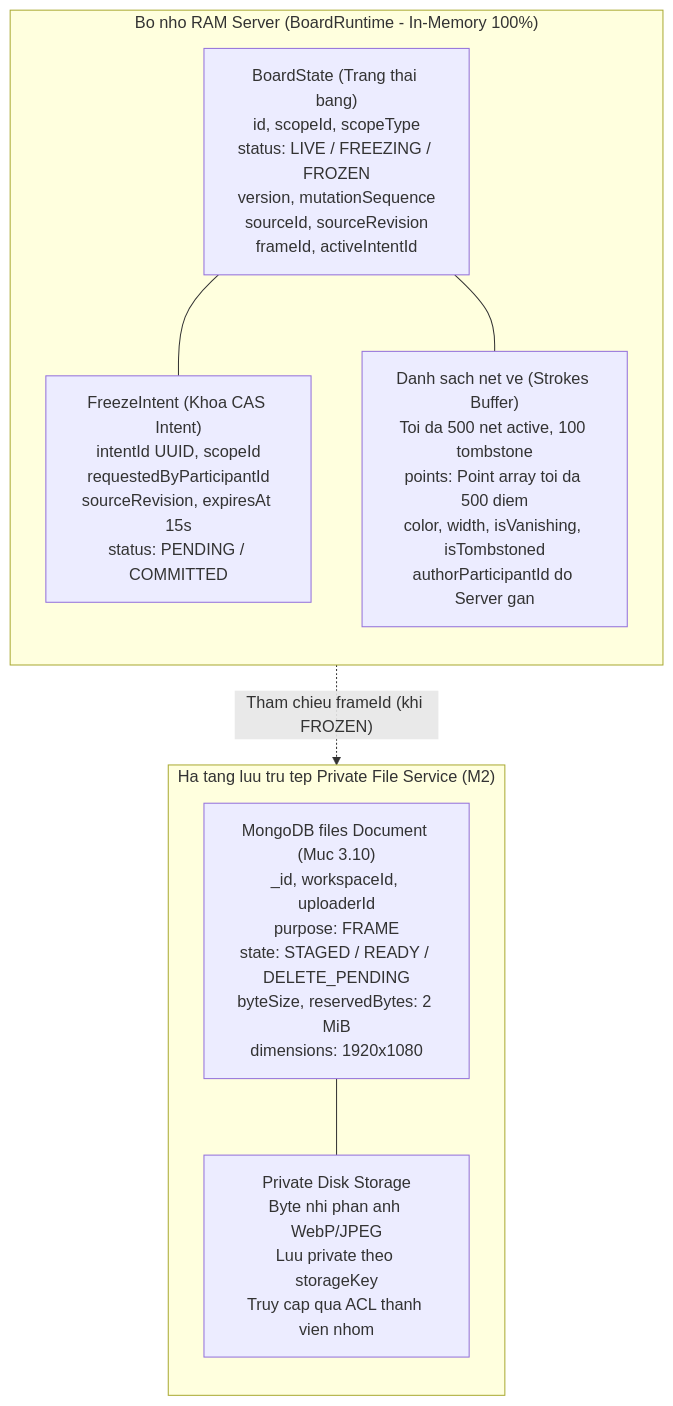
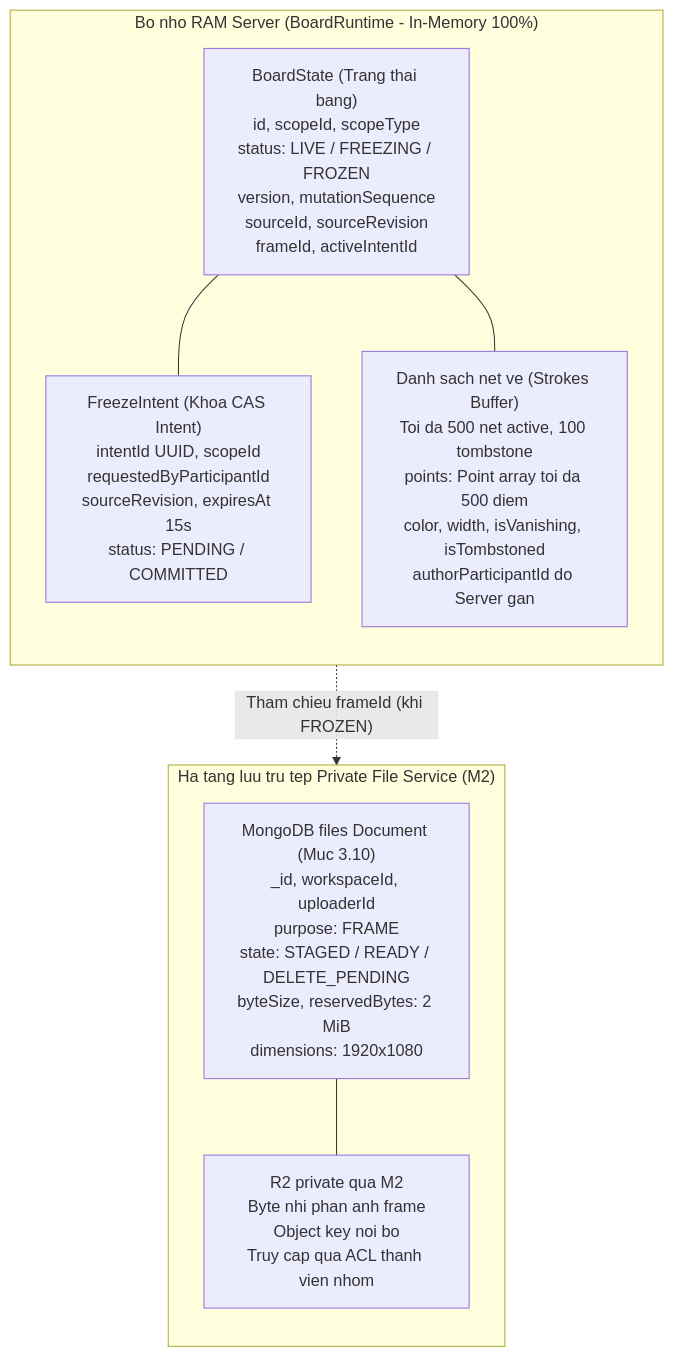
The fourth of 12 diagrams in docs/proposals/m5-board.md (Lightning1507/CoLearnia), drawn with Mermaid before and after one commit. The commit also changed other lines of this file and 5 other files, not shown here.

````diff
--- a/docs/proposals/m5-board.md
+++ b/docs/proposals/m5-board.md
@@ -437,22 +442,22 @@
 ```mermaid
 flowchart TD
   subgraph RAMRuntime ["Bo nho RAM Server (BoardRuntime - In-Memory 100%)"]
     direction TB
     Board["BoardState (Trang thai bang)<br/>id, scopeId, scopeType<br/>status: LIVE / FREEZING / FROZEN<br/>version, mutationSequence<br/>sourceId, sourceRevision<br/>frameId, activeIntentId"]
     Intent["FreezeIntent (Khoa CAS Intent)<br/>intentId UUID, scopeId<br/>requestedByParticipantId<br/>sourceRevision, expiresAt 15s<br/>status: PENDING / COMMITTED"]
     Strokes["Danh sach net ve (Strokes Buffer)<br/>Toi da 500 net active, 100 tombstone<br/>points: Point array toi da 500 diem<br/>color, width, isVanishing, isTombstoned<br/>authorParticipantId do Server gan"]
 
     Board --- Intent
     Board --- Strokes
   end
 
   subgraph M2Storage ["Ha tang luu tru tep Private File Service (M2)"]
     direction TB
     FileDoc["MongoDB files Document (Muc 3.10)<br/>_id, workspaceId, uploaderId<br/>purpose: FRAME<br/>state: STAGED / READY / DELETE_PENDING<br/>byteSize, reservedBytes: 2 MiB<br/>dimensions: 1920x1080"]
-    DiskFile["Private Disk Storage<br/>Byte nhi phan anh WebP/JPEG<br/>Luu private theo storageKey<br/>Truy cap qua ACL thanh vien nhom"]
+    DiskFile["R2 private qua M2<br/>Byte nhi phan anh frame<br/>Object key noi bo<br/>Truy cap qua ACL thanh vien nhom"]
 
     FileDoc --- DiskFile
   end
 
   Board -.->|"Tham chieu frameId (khi FROZEN)"| FileDoc
 ```
````
